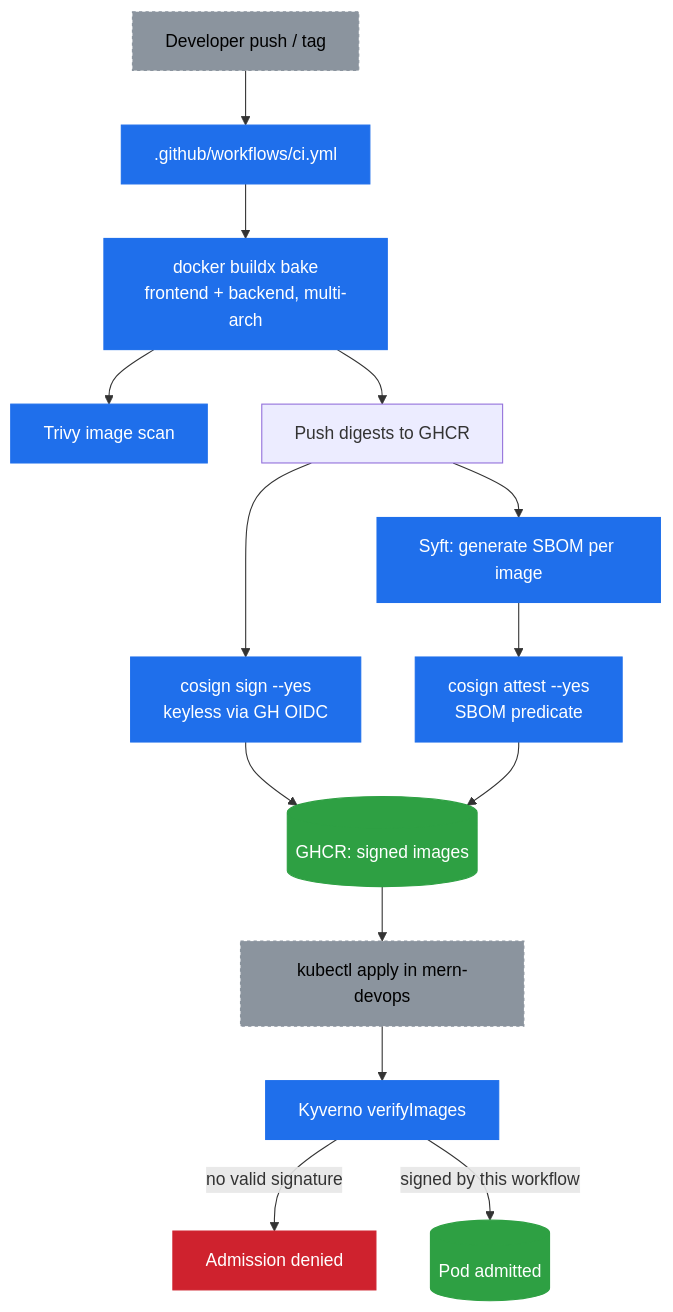
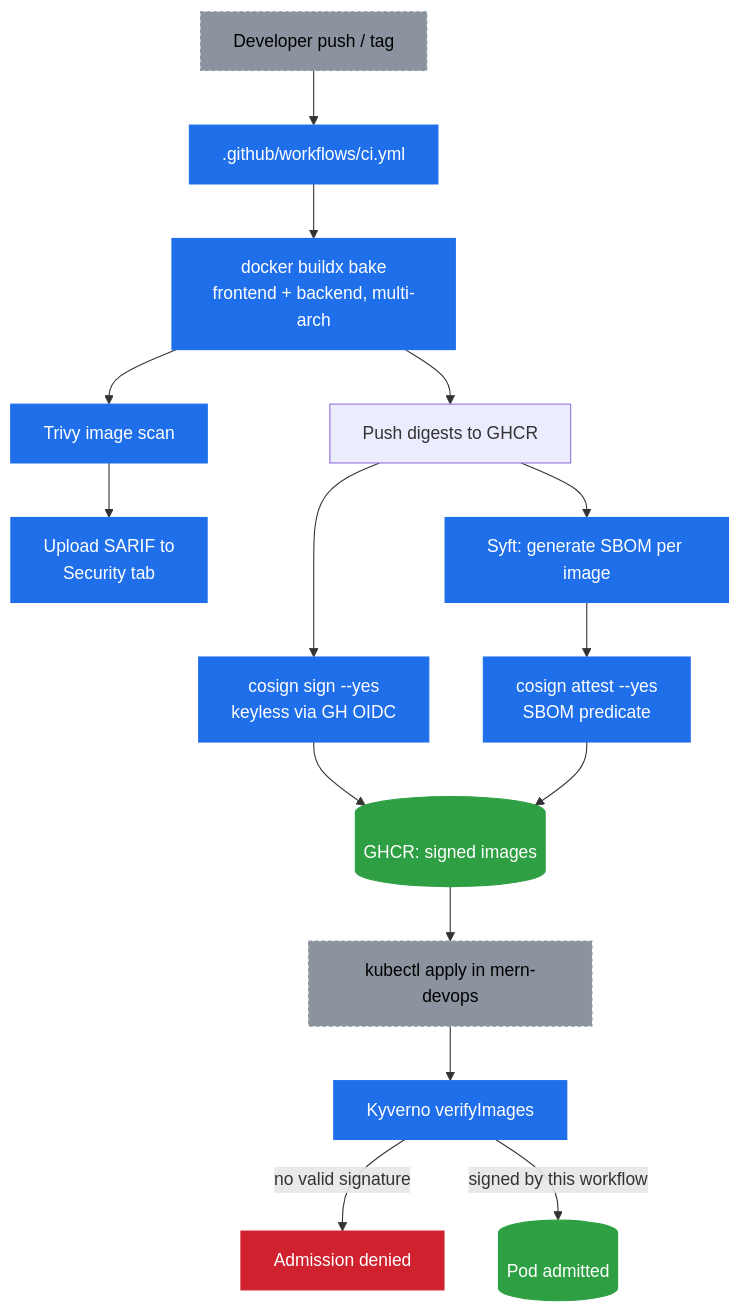
Before and after one commit to atkaridarshan04/cloudnative-devops-blueprint: the diagram in docs/GitHubActions.md, drawn with Mermaid. The commit also changed other lines of this file and 4 other files, not shown here.

Commit message:
feat(ci): enhance CI pipeline to upload Trivy scan results as SARIF to the Security tab

````diff
--- a/docs/GitHubActions.md
+++ b/docs/GitHubActions.md
@@ -19,27 +19,28 @@
 ```mermaid
 flowchart TD
     Dev[Developer push / tag] --> CI[.github/workflows/ci.yml]
     CI --> Bake[docker buildx bake<br/>frontend + backend, multi-arch]
     Bake --> Trivy[Trivy image scan]
+    Trivy --> SARIF[Upload SARIF to<br/>Security tab]
     Bake --> Push[Push digests to GHCR]
     Push --> Syft[Syft: generate SBOM per image]
     Push --> Sign[cosign sign --yes<br/>keyless via GH OIDC]
     Syft --> Attest[cosign attest --yes<br/>SBOM predicate]
     Sign --> Registry[(GHCR: signed images)]
     Attest --> Registry
 
     Registry --> Deploy[kubectl apply in mern-devops]
     Deploy --> Kyverno[Kyverno verifyImages]
     Kyverno -->|no valid signature| Deny[Admission denied]
     Kyverno -->|signed by this workflow| Etcd[(Pod admitted)]
 
     classDef controller fill:#1f6feb,color:#fff,stroke:#1f6feb
     classDef store fill:#2ea043,color:#fff,stroke:#2ea043
     classDef external fill:#8b949e,color:#000,stroke:#8b949e,stroke-dasharray: 3 3
     classDef alert fill:#cf222e,color:#fff,stroke:#cf222e
 
     class Dev,Deploy external
-    class CI,Bake,Trivy,Syft,Sign,Attest,Kyverno controller
+    class CI,Bake,Trivy,SARIF,Syft,Sign,Attest,Kyverno controller
     class Registry,Etcd store
     class Deny alert
 ```
````
